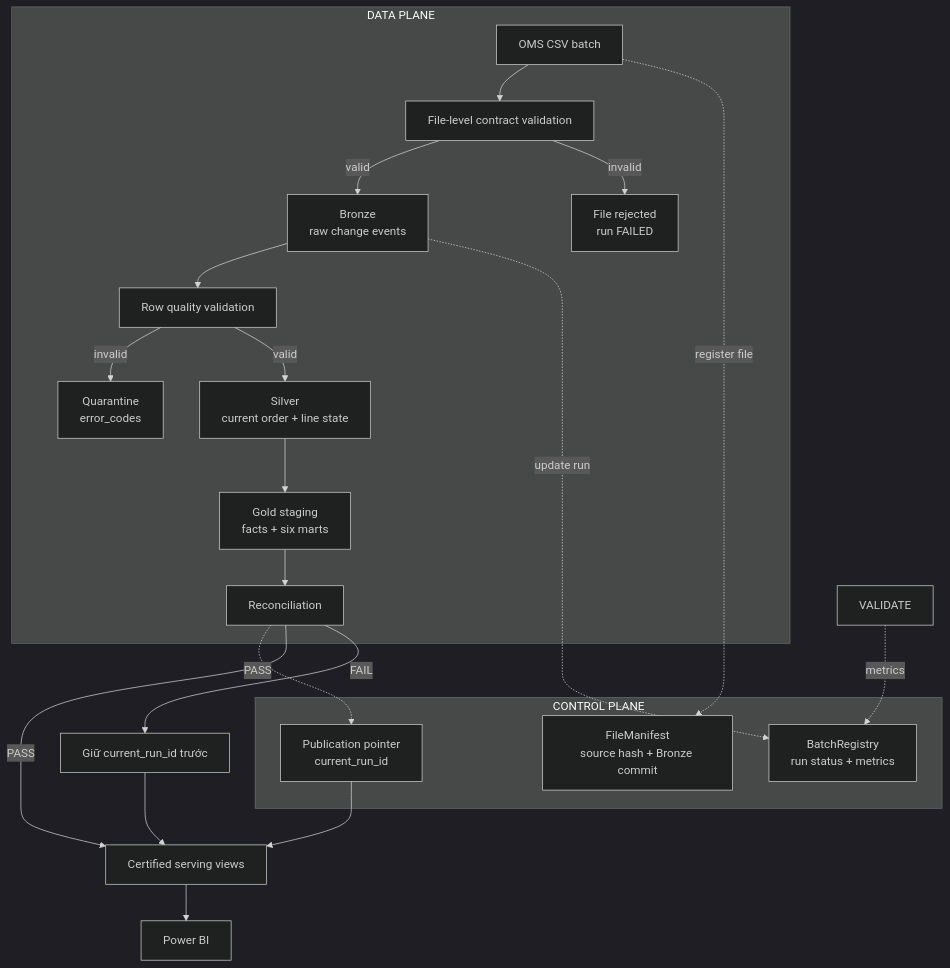
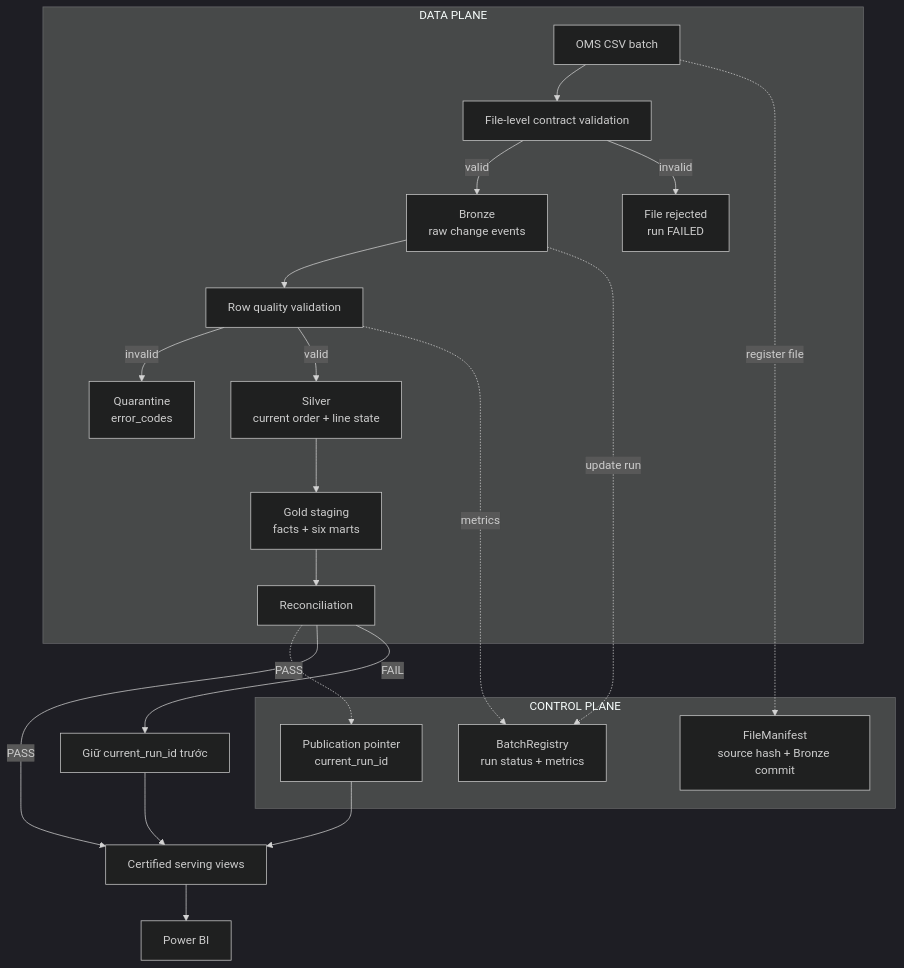
Before and after one commit to abyssync-lab/Ecommerce-Lakehouse-Analytics: the diagram in README.md, drawn with Mermaid (dark theme). The commit also changed other lines of this file and 19 other files, not shown here.

````diff
--- a/README.md
+++ b/README.md
@@ -58,29 +57,29 @@
 ```mermaid
 flowchart TD
     subgraph CONTROL["CONTROL PLANE"]
         FILES["FileManifest\nsource hash + Bronze commit"]
         RUNS["BatchRegistry\nrun status + metrics"]
         PUB["Publication pointer\ncurrent_run_id"]
     end
 
     subgraph DATA["DATA PLANE"]
         OMS["OMS CSV batch"] --> FILE_VALIDATE["File-level contract validation"]
         FILE_VALIDATE -->|valid| BRONZE["Bronze\nraw change events"]
         FILE_VALIDATE -->|invalid| FILE_FAIL["File rejected\nrun FAILED"]
         BRONZE --> ROW_VALIDATE["Row quality validation"]
         ROW_VALIDATE -->|invalid| QUARANTINE["Quarantine\nerror_codes"]
         ROW_VALIDATE -->|valid| SILVER["Silver\ncurrent order + line state"]
         SILVER --> GOLD["Gold staging\nfacts + six marts"]
         GOLD --> RECON["Reconciliation"]
     end
 
     OMS -. register file .-> FILES
     BRONZE -. update run .-> RUNS
-    VALIDATE -. metrics .-> RUNS
+    ROW_VALIDATE -. metrics .-> RUNS
     RECON -. PASS .-> PUB
     RECON -->|PASS| SERVING["Certified serving views"]
     RECON -->|FAIL| PREVIOUS["Giữ current_run_id trước"]
     PUB --> SERVING
     PREVIOUS --> SERVING
     SERVING --> POWERBI["Power BI"]
 ```
````
